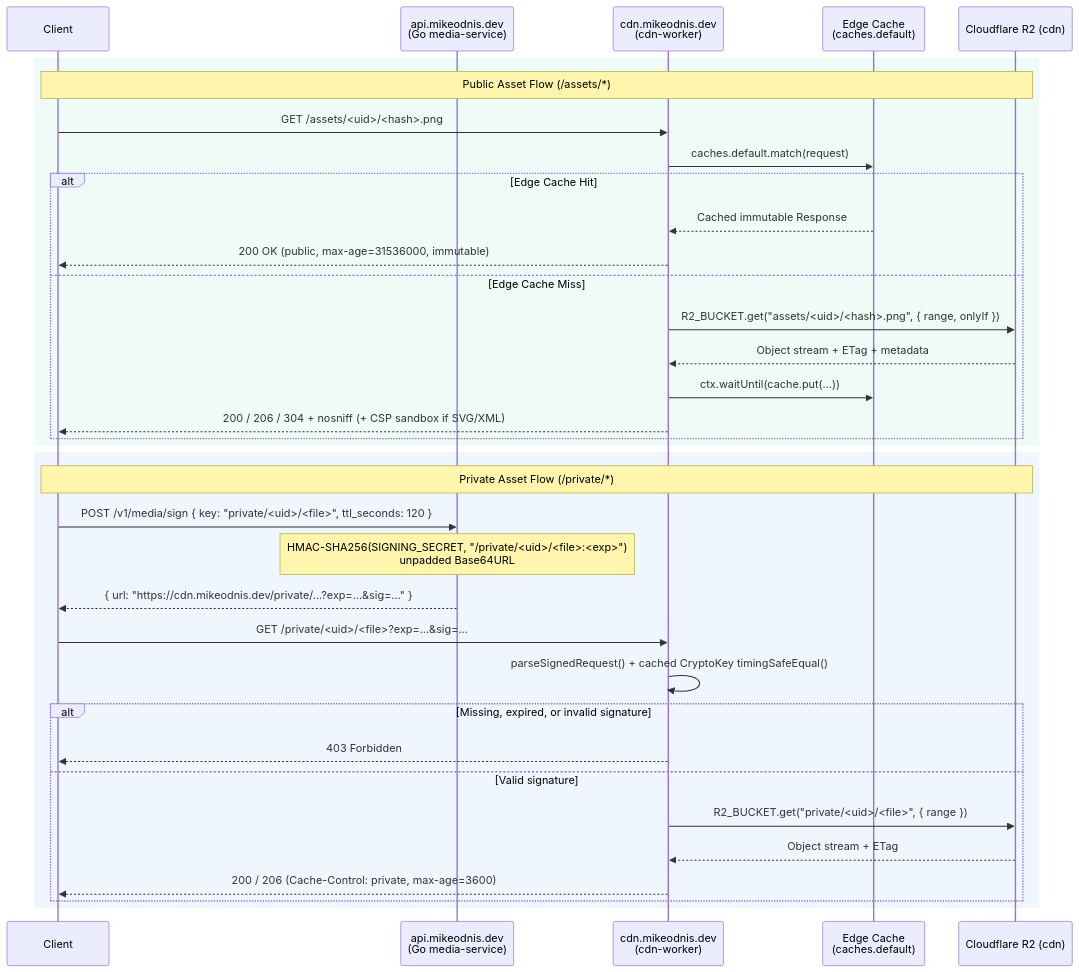
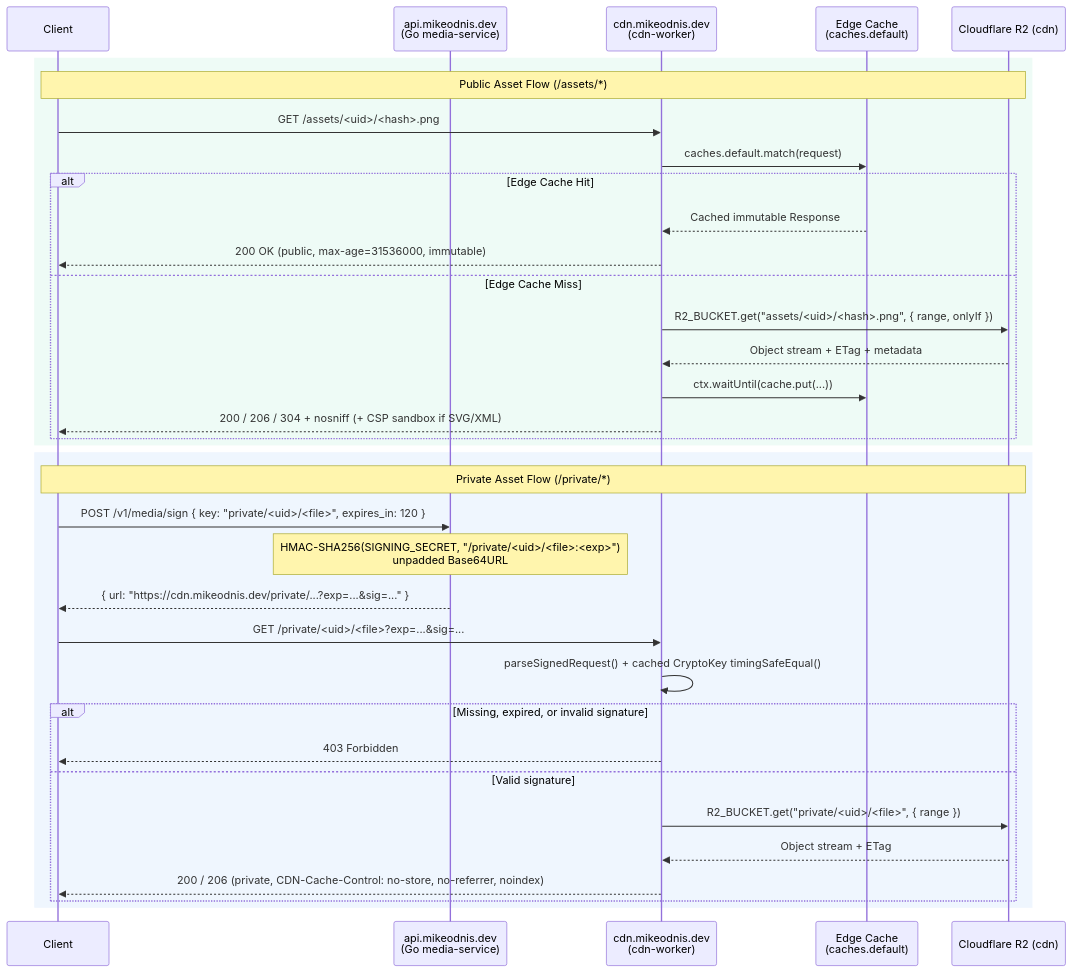
The third of 4 diagrams in README.md (WomB0ComB0/cdn), drawn with Mermaid before and after one commit. The commit also changed other lines of this file and 5 other files, not shown here.

````diff
--- a/README.md
+++ b/README.md
@@ -92,40 +92,40 @@
 ```mermaid
 sequenceDiagram
     participant Client
     participant MediaAPI as api.mikeodnis.dev<br/>(Go media-service)
     participant Worker as cdn.mikeodnis.dev<br/>(cdn-worker)
     participant Cache as Edge Cache<br/>(caches.default)
     participant R2 as Cloudflare R2 (cdn)
 
     rect rgba(37, 198, 138, 0.08)
         Note over Client,R2: Public Asset Flow (/assets/*)
         Client->>Worker: GET /assets/<uid>/<hash>.png
         Worker->>Cache: caches.default.match(request)
         alt Edge Cache Hit
             Cache-->>Worker: Cached immutable Response
             Worker-->>Client: 200 OK (public, max-age=31536000, immutable)
         else Edge Cache Miss
             Worker->>R2: R2_BUCKET.get("assets/<uid>/<hash>.png", { range, onlyIf })
             R2-->>Worker: Object stream + ETag + metadata
             Worker->>Cache: ctx.waitUntil(cache.put(...))
             Worker-->>Client: 200 / 206 / 304 + nosniff (+ CSP sandbox if SVG/XML)
         end
     end
 
     rect rgba(56, 142, 235, 0.08)
         Note over Client,R2: Private Asset Flow (/private/*)
-        Client->>MediaAPI: POST /v1/media/sign { key: "private/<uid>/<file>", ttl_seconds: 120 }
+        Client->>MediaAPI: POST /v1/media/sign { key: "private/<uid>/<file>", expires_in: 120 }
         Note over MediaAPI: HMAC-SHA256(SIGNING_SECRET, "/private/<uid>/<file>:<exp>")<br/>unpadded Base64URL
         MediaAPI-->>Client: { url: "https://cdn.mikeodnis.dev/private/...?exp=...&sig=..." }
 
         Client->>Worker: GET /private/<uid>/<file>?exp=...&sig=...
         Worker->>Worker: parseSignedRequest() + cached CryptoKey timingSafeEqual()
         alt Missing, expired, or invalid signature
             Worker-->>Client: 403 Forbidden
         else Valid signature
             Worker->>R2: R2_BUCKET.get("private/<uid>/<file>", { range })
             R2-->>Worker: Object stream + ETag
-            Worker-->>Client: 200 / 206 (Cache-Control: private, max-age=3600)
+            Worker-->>Client: 200 / 206 (private, CDN-Cache-Control: no-store, no-referrer, noindex)
         end
     end
 ```
````
